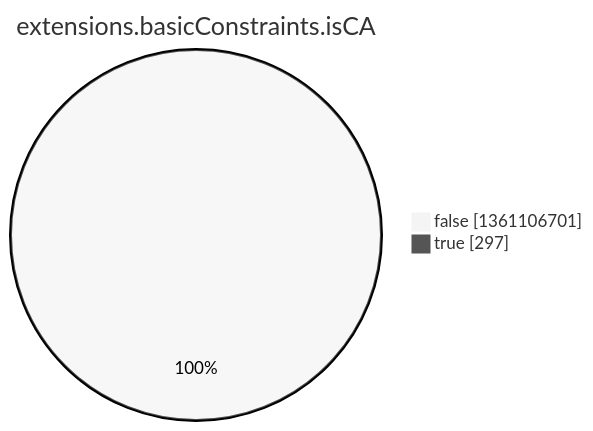
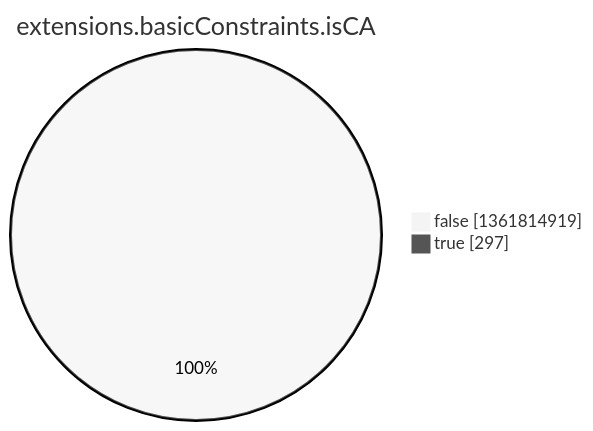
Before and after one commit to christiankrug/ctmonitor_visualization: the eighth of 15 diagrams in argon2022/README.md, drawn with Mermaid (neutral theme). The commit also changed other lines of this file, not shown here.

````diff
--- a/argon2022/README.md
+++ b/argon2022/README.md
@@ -2758,6 +2758,6 @@
 ```mermaid
 pie showData
 title extensions.basicConstraints.isCA
-"false" :1361106701
+"false" :1361814919
 "true" :297
 ```
````
